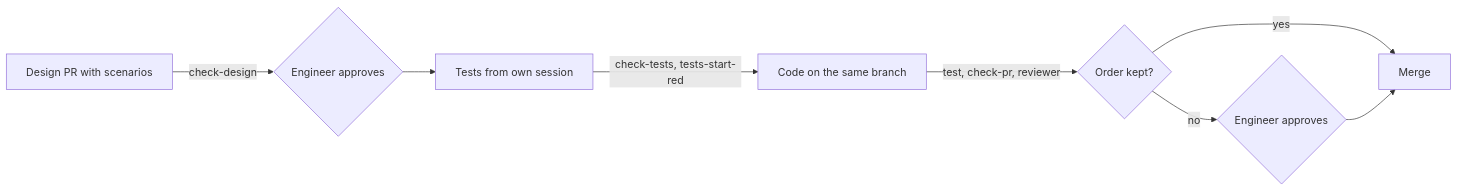
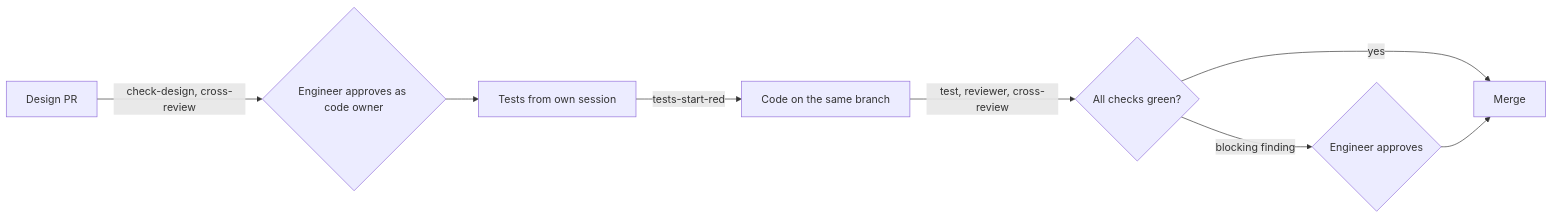
The diagram in docs/increments/02-trust-core/design.md (HannesT117/software-factory), drawn with Mermaid before and after one commit. The commit also changed other lines of this file, not shown here.

First line of the commit message:
Gate agent merges with code owners (#24)

````diff
--- a/docs/increments/02-trust-core/design.md
+++ b/docs/increments/02-trust-core/design.md
@@ -29,10 +25,10 @@
 ```mermaid
 flowchart LR
-  A[Design PR with scenarios] -->|check-design| B{Engineer approves}
+  A[Design PR] -->|check-design, cross-review| B{Engineer approves as code owner}
   B --> C[Tests from own session]
-  C -->|check-tests, tests-start-red| D[Code on the same branch]
-  D -->|test, check-pr, reviewer| E{Order kept?}
+  C -->|tests-start-red| D[Code on the same branch]
+  D -->|test, reviewer, cross-review| E{All checks green?}
   E -->|yes| F[Merge]
-  E -->|no| G{Engineer approves}
+  E -->|blocking finding| G{Engineer approves}
   G --> F
 ```
````
